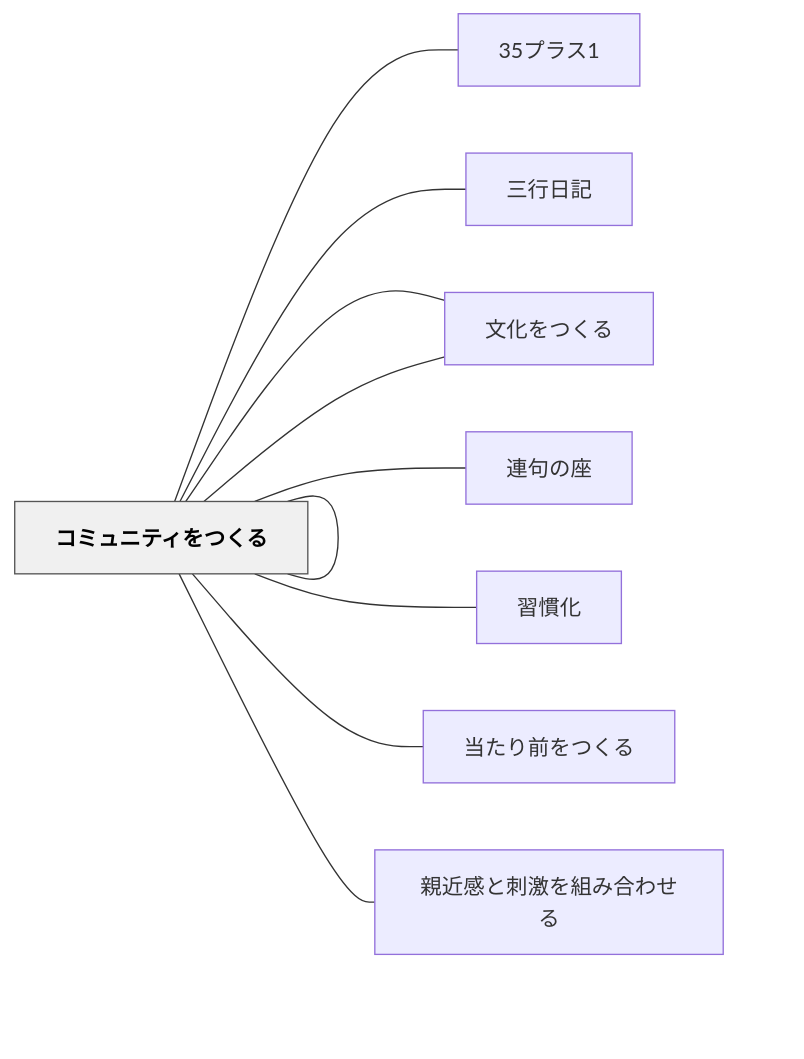
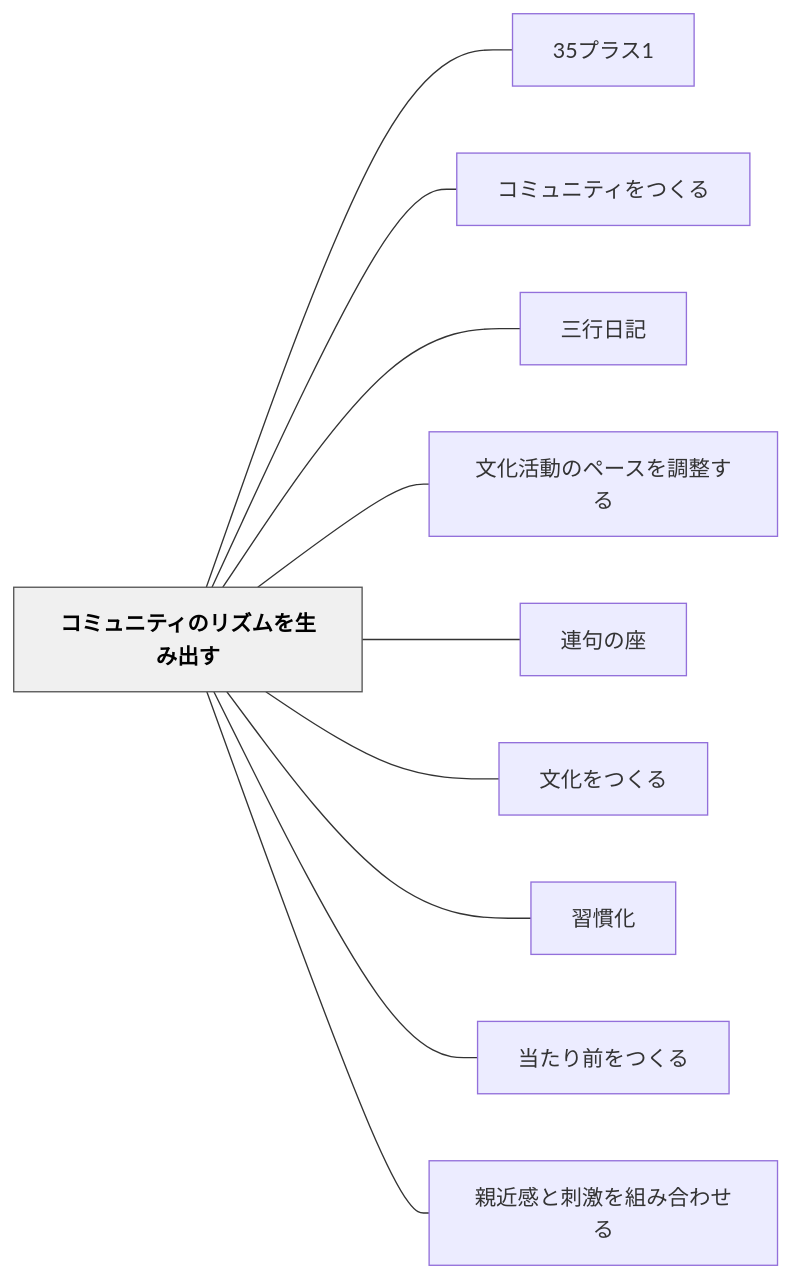
One commit to unknownthings-ed-patterns/unknownthings-ed-patterns changed the diagram in content/パタン/コミュニティのリズムを生み出す.md. Above: the diagram before and after it, drawn with Mermaid. The commit also changed 527 other files, not shown here.

````diff
--- a/content/パタン/コミュニティのリズムを生み出す.md
+++ b/content/パタン/コミュニティのリズムを生み出す.md
@@ -65,26 +65,26 @@
 ```mermaid
 flowchart LR
-    ne382b3e3839f["コミュニティのリズムを生み出す"]
-    n3335e38397e3["35プラス1"]
-    ne382b3e3839f["コミュニティをつくる"]
-    ne4b889e8a18c["三行日記"]
-    ne69687e58c96["文化活動のペースを調整する"]
-    ne980a3e58fa5["連句の座"]
-    ne69687e58c96["文化をつくる"]
-    ne7bf92e685a3["習慣化"]
-    ne5bd93e3819f["当たり前をつくる"]
-    ne8a6aae8bf91["親近感と刺激を組み合わせる"]
+    ne382b3e3839fe383a5e3838be38386e382a3e381aee383aae382bae383a0e38292e7949fe381bfe587bae38199["コミュニティのリズムを生み出す"]
+    n3335e38397e383a9e382b931["35プラス1"]
+    ne382b3e3839fe383a5e3838be38386e382a3e38292e381a4e3818fe3828b["コミュニティをつくる"]
+    ne4b889e8a18ce697a5e8a898["三行日記"]
+    ne69687e58c96e6b4bbe58b95e381aee3839ae383bce382b9e38292e8aabfe695b4e38199e3828b["文化活動のペースを調整する"]
+    ne980a3e58fa5e381aee5baa7["連句の座"]
+    ne69687e58c96e38292e381a4e3818fe3828b["文化をつくる"]
+    ne7bf92e685a3e58c96["習慣化"]
+    ne5bd93e3819fe3828ae5898de38292e381a4e3818fe3828b["当たり前をつくる"]
+    ne8a6aae8bf91e6849fe381a8e588bae6bf80e38292e7b584e381bfe59088e3828fe3819be3828b["親近感と刺激を組み合わせる"]
 
-    ne382b3e3839f --- n3335e38397e3
-    ne382b3e3839f --- ne382b3e3839f
-    ne382b3e3839f --- ne4b889e8a18c
-    ne382b3e3839f --- ne69687e58c96
-    ne382b3e3839f --- ne980a3e58fa5
-    ne382b3e3839f --- ne69687e58c96
-    ne382b3e3839f --- ne7bf92e685a3
-    ne382b3e3839f --- ne5bd93e3819f
-    ne382b3e3839f --- ne8a6aae8bf91
+    ne382b3e3839fe383a5e3838be38386e382a3e381aee383aae382bae383a0e38292e7949fe381bfe587bae38199 --- n3335e38397e383a9e382b931
+    ne382b3e3839fe383a5e3838be38386e382a3e381aee383aae382bae383a0e38292e7949fe381bfe587bae38199 --- ne382b3e3839fe383a5e3838be38386e382a3e38292e381a4e3818fe3828b
+    ne382b3e3839fe383a5e3838be38386e382a3e381aee383aae382bae383a0e38292e7949fe381bfe587bae38199 --- ne4b889e8a18ce697a5e8a898
+    ne382b3e3839fe383a5e3838be38386e382a3e381aee383aae382bae383a0e38292e7949fe381bfe587bae38199 --- ne69687e58c96e6b4bbe58b95e381aee3839ae383bce382b9e38292e8aabfe695b4e38199e3828b
+    ne382b3e3839fe383a5e3838be38386e382a3e381aee383aae382bae383a0e38292e7949fe381bfe587bae38199 --- ne980a3e58fa5e381aee5baa7
+    ne382b3e3839fe383a5e3838be38386e382a3e381aee383aae382bae383a0e38292e7949fe381bfe587bae38199 --- ne69687e58c96e38292e381a4e3818fe3828b
+    ne382b3e3839fe383a5e3838be38386e382a3e381aee383aae382bae383a0e38292e7949fe381bfe587bae38199 --- ne7bf92e685a3e58c96
+    ne382b3e3839fe383a5e3838be38386e382a3e381aee383aae382bae383a0e38292e7949fe381bfe587bae38199 --- ne5bd93e3819fe3828ae5898de38292e381a4e3818fe3828b
+    ne382b3e3839fe383a5e3838be38386e382a3e381aee383aae382bae383a0e38292e7949fe381bfe587bae38199 --- ne8a6aae8bf91e6849fe381a8e588bae6bf80e38292e7b584e381bfe59088e3828fe3819be3828b
 
     classDef hub fill:#f0f0f0,stroke:#555,color:#000,font-weight:bold
-    class ne382b3e3839f hub
+    class ne382b3e3839fe383a5e3838be38386e382a3e381aee383aae382bae383a0e38292e7949fe381bfe587bae38199 hub
 ```
````
